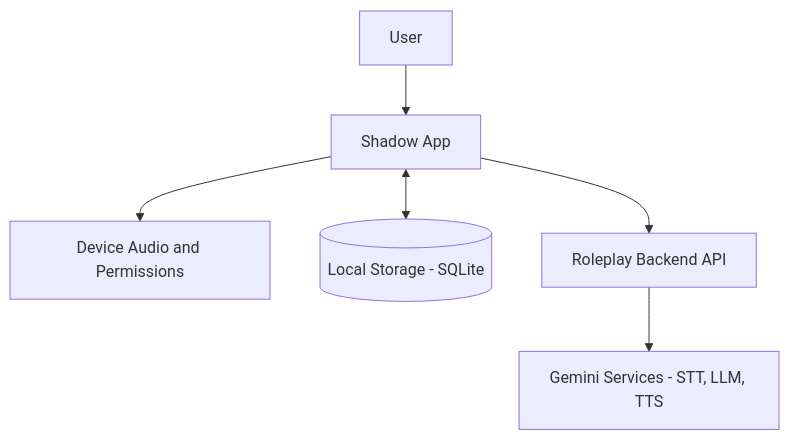
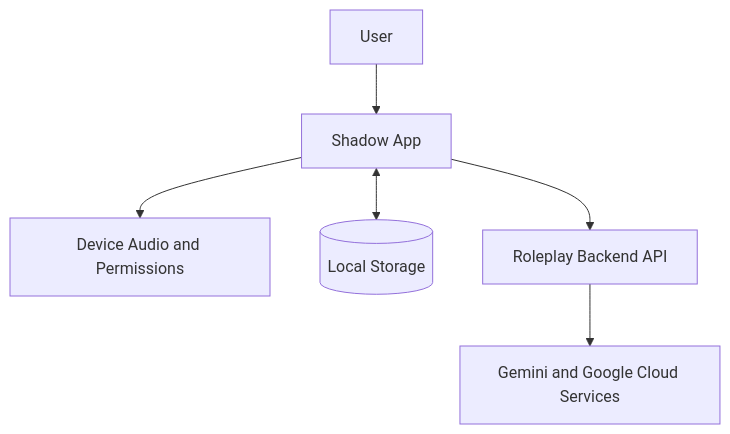
Before and after one commit to d00375828/SeniorProject: the fourth of 4 diagrams in shadow-frontend/docs/NEWcore-diagrams.md, drawn with Mermaid. The commit also changed other lines of this file and 16 other files, not shown here.

````diff
--- a/shadow-frontend/docs/NEWcore-diagrams.md
+++ b/shadow-frontend/docs/NEWcore-diagrams.md
@@ -157,15 +157,15 @@
 ```mermaid
 flowchart TB
     USER[User]
     APP[Shadow App]
     OS[Device Audio and Permissions]
-    LOCAL[(Local Storage - SQLite )]
+    LOCAL[(Local Storage)]
     API[Roleplay Backend API]
-    GEMINI[Gemini Services - STT, LLM, TTS]
+    GEMINI[Gemini and Google Cloud Services]
 
     USER --> APP
     APP --> OS
     APP <--> LOCAL
     APP --> API
     API --> GEMINI
 ```
````
